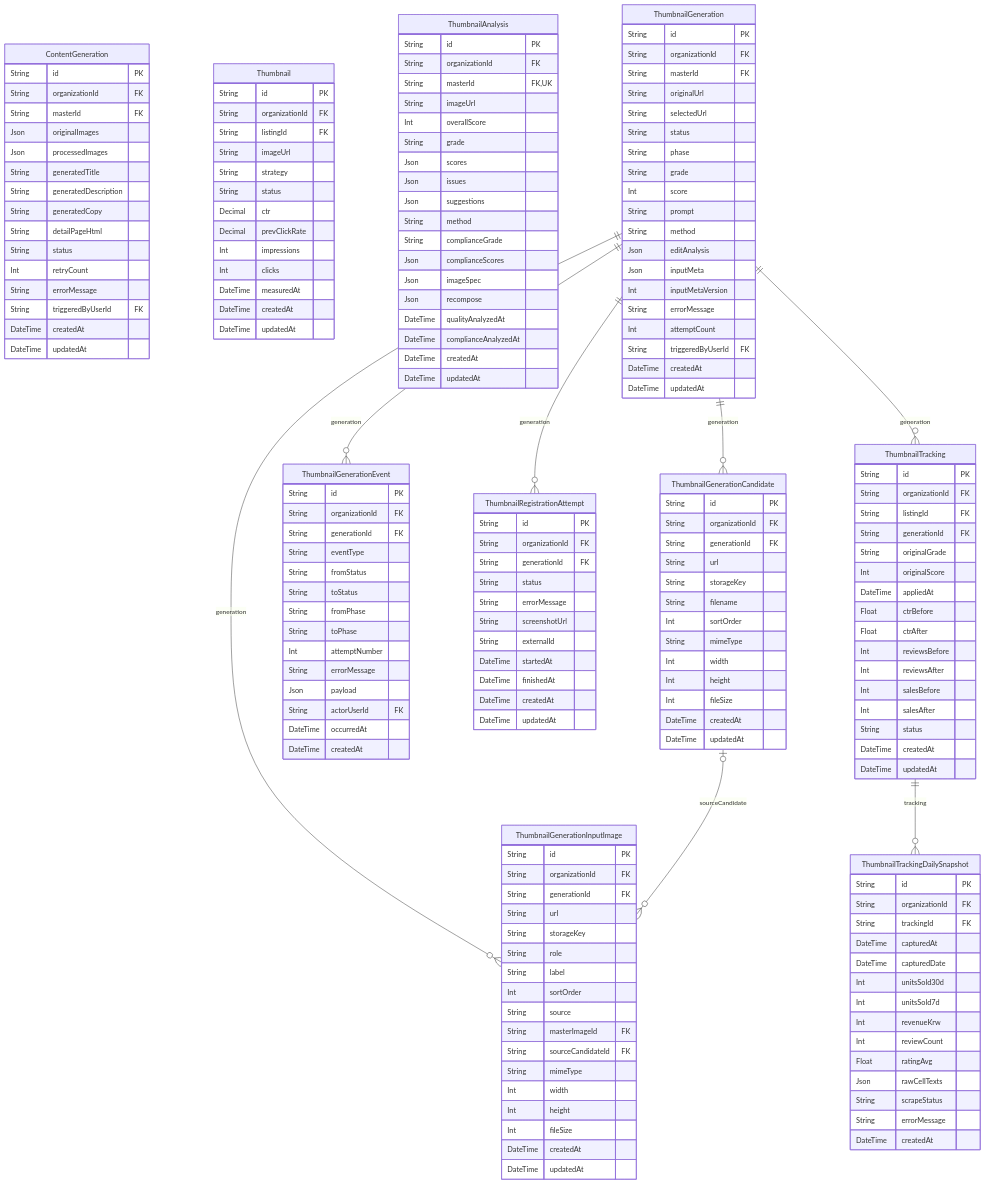
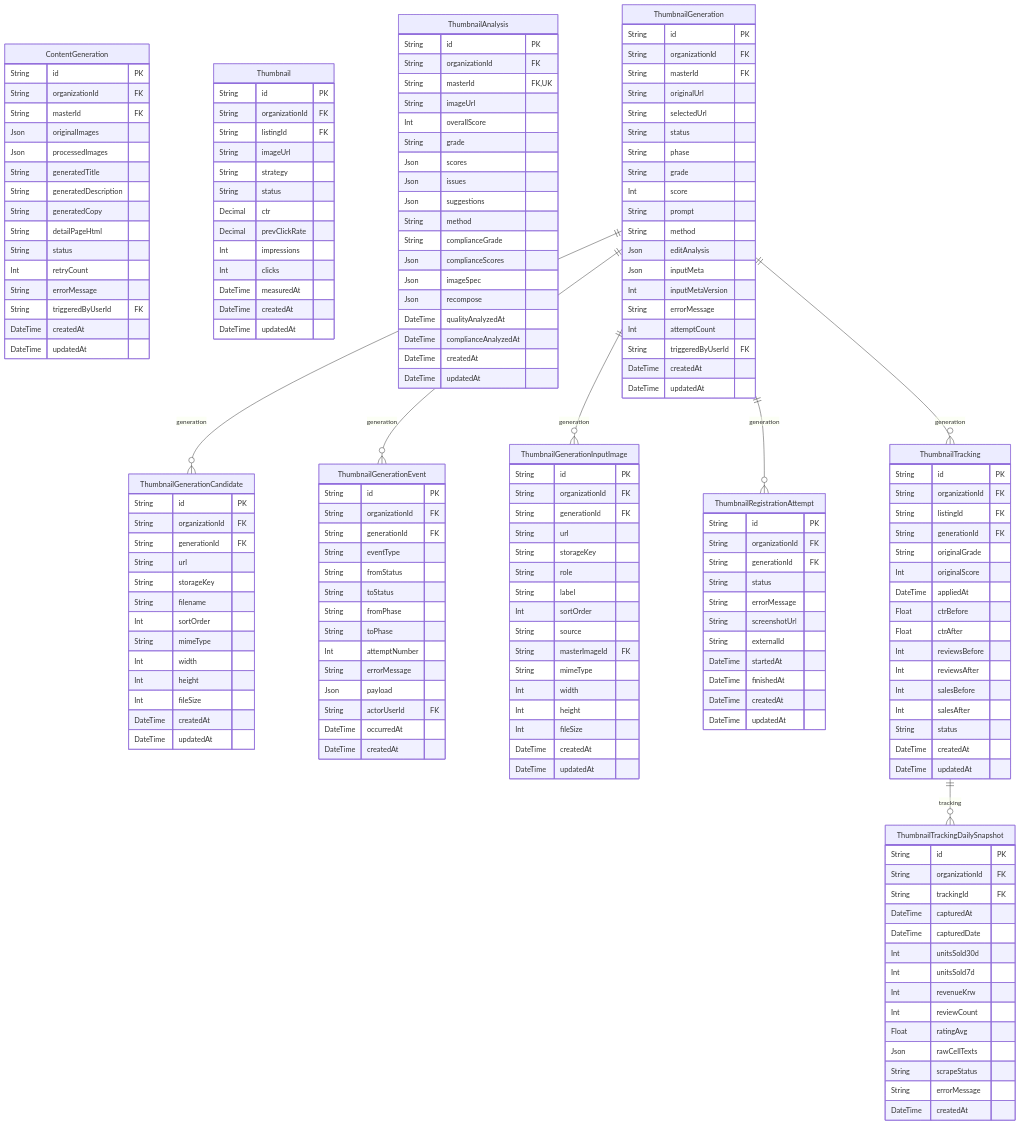
One commit to AgentFoundry-Labs/kiditem changed the diagram in docs/erd/ai.md. Above: the diagram before and after it, drawn with Mermaid. The commit also changed 31 other files, not shown here.

First line of the commit message:
chore(prisma): drop master_products sourcing columns + sourceCandidateId (phase 8, #192)

````diff
--- a/docs/erd/ai.md
+++ b/docs/erd/ai.md
@@ -139,7 +139,6 @@
     Int sortOrder
     String source
     String masterImageId FK
-    String sourceCandidateId FK
     String mimeType
     Int width
     Int height
@@ -199,6 +198,5 @@
   ThumbnailGeneration ||--o{ ThumbnailGenerationInputImage : "generation"
   ThumbnailGeneration ||--o{ ThumbnailRegistrationAttempt : "generation"
   ThumbnailGeneration ||--o{ ThumbnailTracking : "generation"
-  ThumbnailGenerationCandidate o|--o{ ThumbnailGenerationInputImage : "sourceCandidate"
   ThumbnailTracking ||--o{ ThumbnailTrackingDailySnapshot : "tracking"
 ```
````
